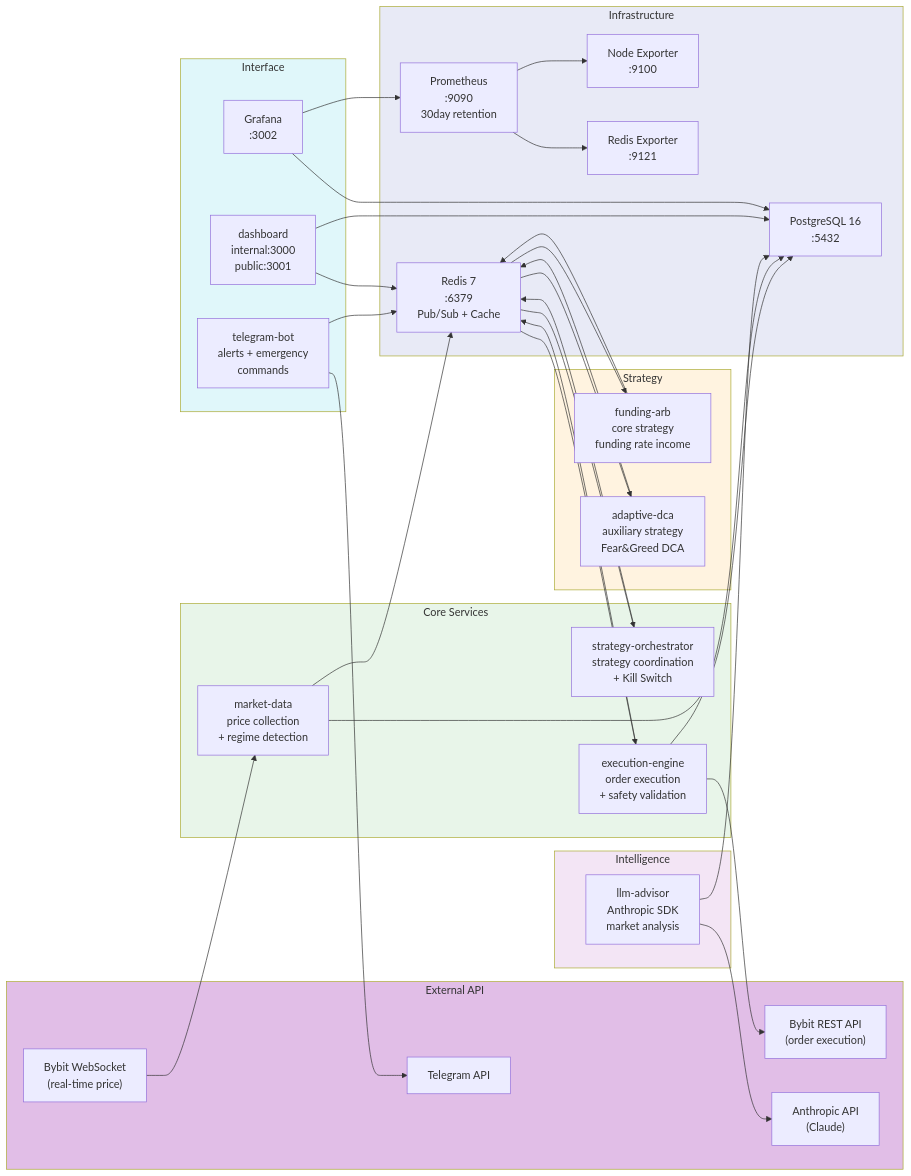
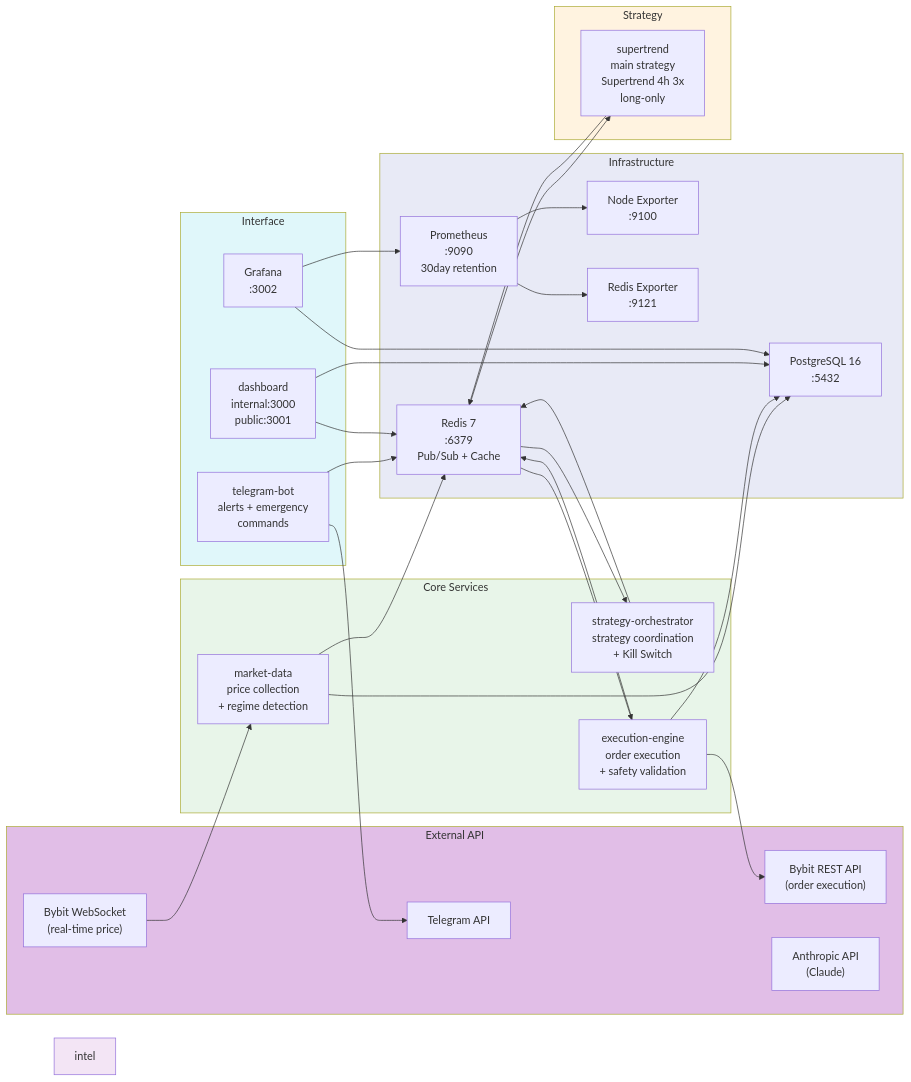
Before and after one commit to Justant-source/Bit-Mania: the second of 3 diagrams in docs/architecture/system-overview.md, drawn with Mermaid. The commit also changed other lines of this file and 8 other files, not shown here.

````diff
--- a/docs/architecture/system-overview.md
+++ b/docs/architecture/system-overview.md
@@ -179,69 +179,60 @@
 ```mermaid
 graph LR
     subgraph ext["External API"]
         bybit_ws["Bybit WebSocket<br>(real-time price)"]
         bybit_rest["Bybit REST API<br>(order execution)"]
         telegram_api["Telegram API"]
         anthropic_api["Anthropic API<br>(Claude)"]
     end
 
     subgraph infra["Infrastructure"]
         pg["PostgreSQL 16<br>:5432"]
         redis["Redis 7<br>:6379<br>Pub/Sub + Cache"]
         prom["Prometheus<br>:9090<br>30day retention"]
         node_exp["Node Exporter<br>:9100"]
         redis_exp["Redis Exporter<br>:9121"]
     end
 
     subgraph core["Core Services"]
         market_data["market-data<br>price collection<br>+ regime detection"]
         orchestrator["strategy-orchestrator<br>strategy coordination<br>+ Kill Switch"]
         execution["execution-engine<br>order execution<br>+ safety validation"]
     end
 
     subgraph strat["Strategy"]
-        funding["funding-arb<br>core strategy<br>funding rate income"]
-        dca["adaptive-dca<br>auxiliary strategy<br>Fear&Greed DCA"]
-    end
-
-    subgraph intel["Intelligence"]
-        llm["llm-advisor<br>Anthropic SDK<br>market analysis"]
+        supertrend["supertrend<br>main strategy<br>Supertrend 4h 3x<br>long-only"]
     end
 
     subgraph iface["Interface"]
         tg_bot["telegram-bot<br>alerts + emergency<br>commands"]
         dash["dashboard<br>internal:3000<br>public:3001"]
         grafana["Grafana<br>:3002"]
     end
 
     bybit_ws --> market_data
     market_data --> pg
     market_data --> redis
     redis --> orchestrator
-    redis --> funding
-    redis --> dca
+    redis --> supertrend
     orchestrator --> redis
-    funding --> redis
-    dca --> redis
+    supertrend --> redis
     redis --> execution
     execution --> bybit_rest
     execution --> pg
     execution --> redis
-    llm --> anthropic_api
-    llm --> pg
     tg_bot --> telegram_api
     tg_bot --> redis
     dash --> pg
     dash --> redis
     grafana --> pg
     grafana --> prom
     prom --> node_exp
     prom --> redis_exp
 
     style ext fill:#E1BEE7
     style infra fill:#E8EAF6
     style core fill:#E8F5E9
     style strat fill:#FFF3E0
     style intel fill:#F3E5F5
     style iface fill:#E0F7FA
 ```
````
